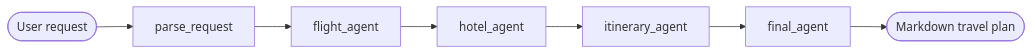
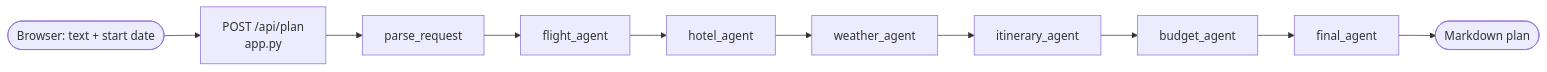
One commit to bsivavenu/tripmate_langgraph changed the diagram in README.md. Above: the diagram before and after it, drawn with Mermaid. The commit also changed other lines of this file and 3 other files, not shown here.

First line of the commit message:
Rewrite README for the MCP architecture; add architecture diagram

````diff
--- a/README.md
+++ b/README.md
@@ -11,9 +36,12 @@
 ```mermaid
 flowchart LR
-    A([User request]) --> B[parse_request]
-    B --> C[flight_agent]
-    C --> D[hotel_agent]
-    D --> E[itinerary_agent]
-    E --> F[final_agent]
-    F --> G([Markdown travel plan])
+    A([Browser: text + start date]) --> B[POST /api/plan<br/>app.py]
+    B --> C[parse_request]
+    C --> D[flight_agent]
+    D --> E[hotel_agent]
+    E --> F[weather_agent]
+    F --> G[itinerary_agent]
+    G --> H[budget_agent]
+    H --> I[final_agent]
+    I --> J([Markdown plan])
 ```
````
